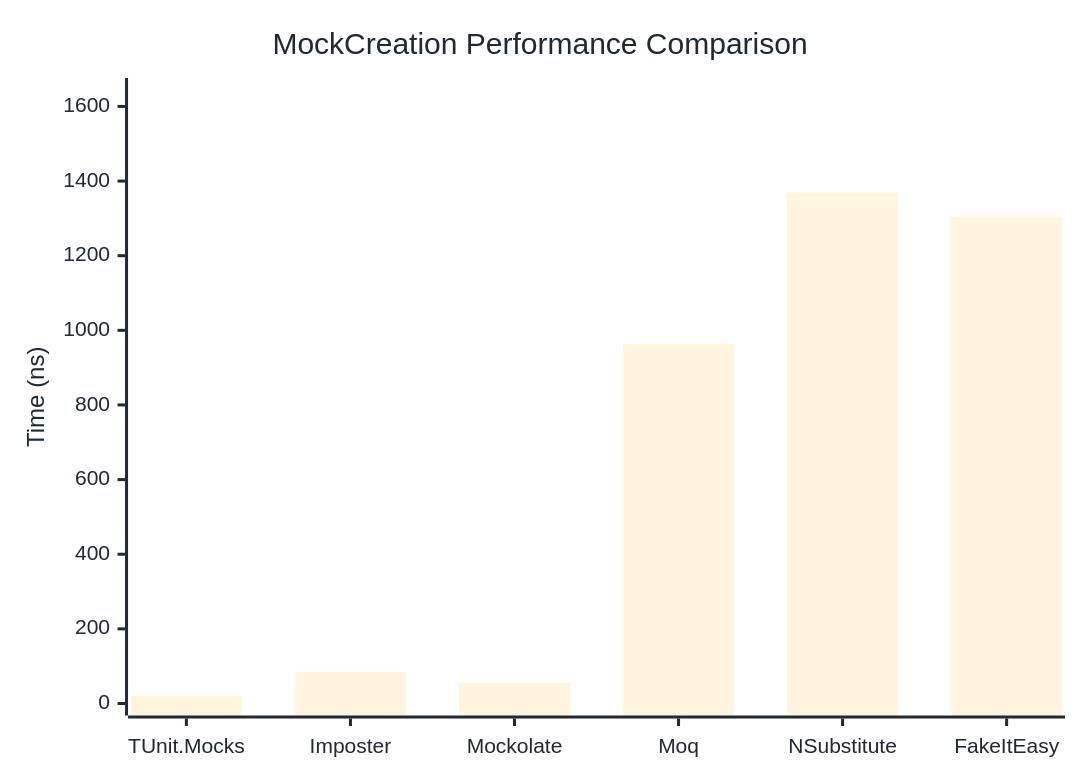
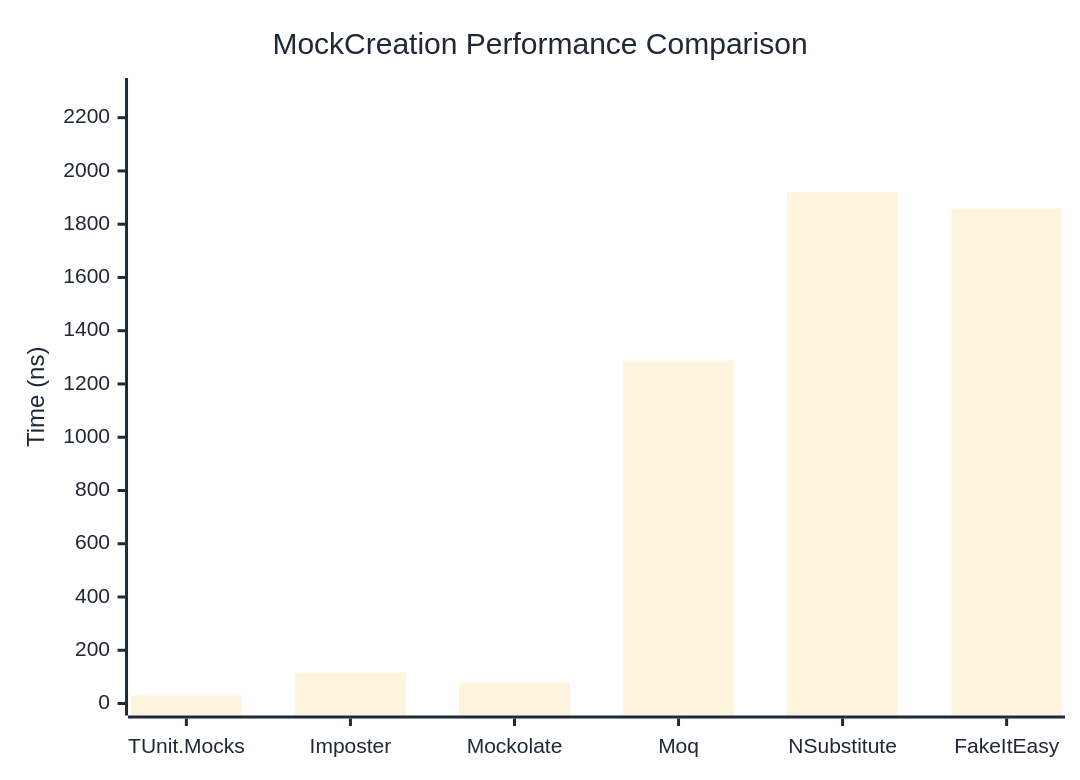
One commit to thomhurst/TUnit changed the first of 2 diagrams in docs/docs/benchmarks/mocks/MockCreation.md. Above: the diagram before and after it, drawn with Mermaid. The commit also changed other lines of this file and 14 other files, not shown here.

````diff
--- a/docs/docs/benchmarks/mocks/MockCreation.md
+++ b/docs/docs/benchmarks/mocks/MockCreation.md
@@ -28,27 +28,27 @@
 ```mermaid
 %%{init: {
   'theme':'base',
   'themeVariables': {
     'primaryColor': '#2563eb',
     'primaryTextColor': '#1f2937',
     'primaryBorderColor': '#1e40af',
     'lineColor': '#6b7280',
     'secondaryColor': '#7c3aed',
     'tertiaryColor': '#dc2626',
     'background': '#ffffff',
     'pie1': '#2563eb',
     'pie2': '#7c3aed',
     'pie3': '#dc2626',
     'pie4': '#f59e0b',
     'pie5': '#10b981',
     'pie6': '#06b6d4',
     'pie7': '#ec4899',
     'pie8': '#6366f1'
   }
 }}%%
 xychart-beta
   title "MockCreation Performance Comparison"
   x-axis ["TUnit.Mocks", "Imposter", "Mockolate", "Moq", "NSubstitute", "FakeItEasy"]
-  y-axis "Time (ns)" 0 --> 1644
-  bar [21.07, 85.09, 56.15, 964.1, 1369.29, 1304.66]
+  y-axis "Time (ns)" 0 --> 2304
+  bar [30.58, 115.87, 80.15, 1288.25, 1919.85, 1858.95]
 ```
````
